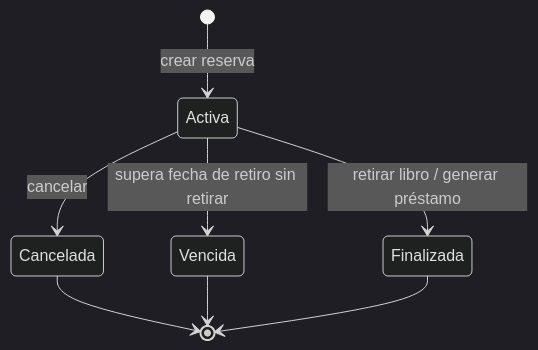
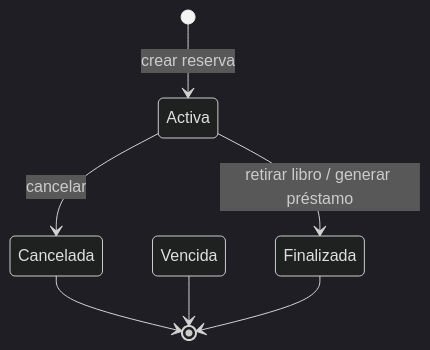
The second of 3 diagrams in docs/MODELO_DATOS.md (nicotambosco/BOOKTRACK-Workspace), drawn with Mermaid (dark theme) before and after one commit. The commit also changed other lines of this file and 49 other files, not shown here.

````diff
--- a/docs/MODELO_DATOS.md
+++ b/docs/MODELO_DATOS.md
@@ -46,10 +46,9 @@
 ```mermaid
 stateDiagram-v2
   [*] --> Activa: crear reserva
   Activa --> Cancelada: cancelar
-  Activa --> Vencida: supera fecha de retiro sin retirar
   Activa --> Finalizada: retirar libro / generar préstamo
   Cancelada --> [*]
   Vencida --> [*]
   Finalizada --> [*]
 ```
````
